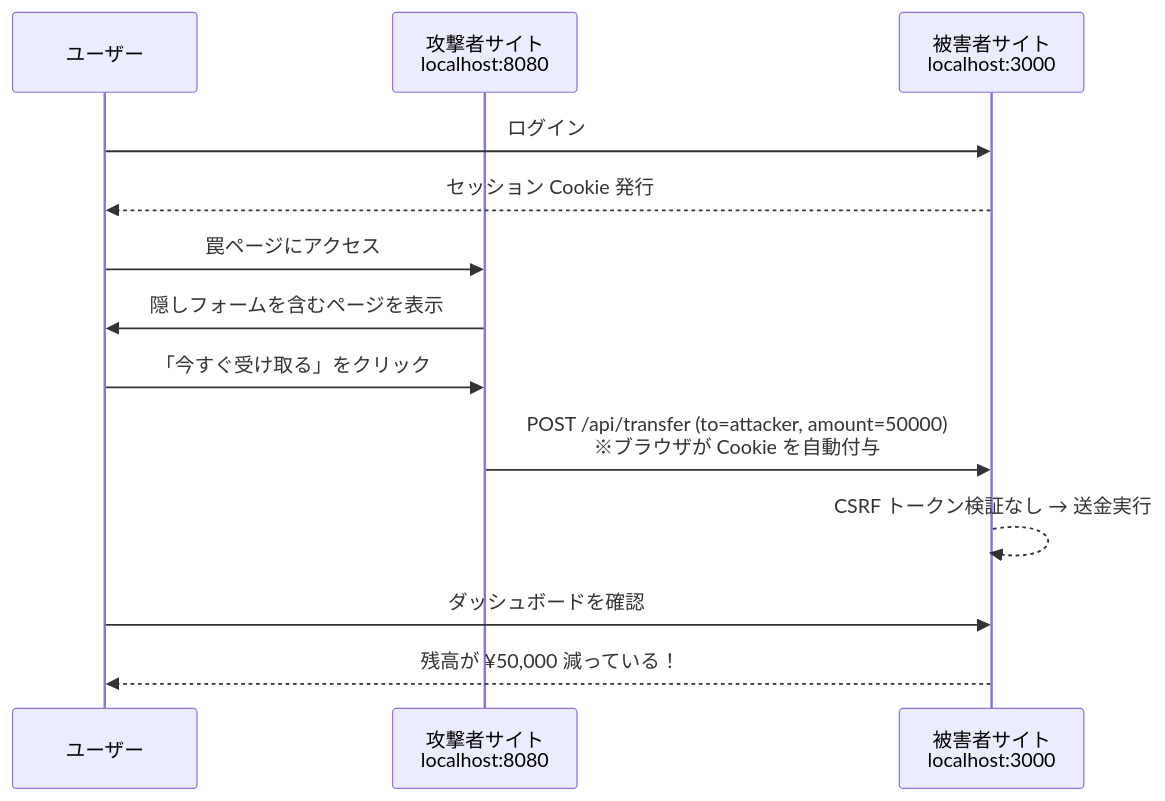
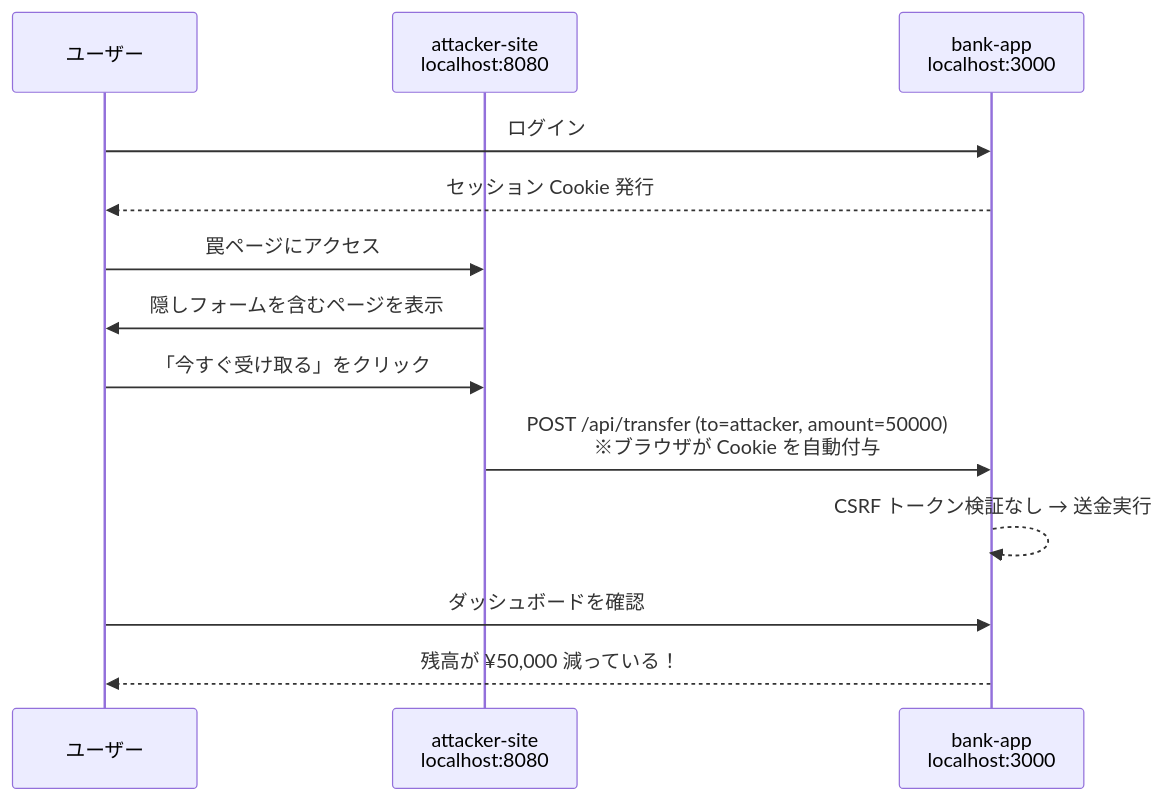
The diagram in README.md (etak64n/csrf-demo), drawn with Mermaid before and after one commit. The commit also changed other lines of this file and 15 other files, not shown here.

First line of the commit message:
victim-app を bank-app にリネーム

````diff
--- a/README.md
+++ b/README.md
@@ -14,16 +14,16 @@
 ```mermaid
 sequenceDiagram
     participant User as ユーザー
-    participant Attacker as 攻撃者サイト<br/>localhost:8080
-    participant Victim as 被害者サイト<br/>localhost:3000
+    participant Attacker as attacker-site<br/>localhost:8080
+    participant Bank as bank-app<br/>localhost:3000
 
-    User->>Victim: ログイン
-    Victim-->>User: セッション Cookie 発行
+    User->>Bank: ログイン
+    Bank-->>User: セッション Cookie 発行
     User->>Attacker: 罠ページにアクセス
     Attacker->>User: 隠しフォームを含むページを表示
     User->>Attacker: 「今すぐ受け取る」をクリック
-    Attacker->>Victim: POST /api/transfer (to=attacker, amount=50000)<br/>※ブラウザが Cookie を自動付与
-    Victim-->>Victim: CSRF トークン検証なし → 送金実行
-    User->>Victim: ダッシュボードを確認
-    Victim-->>User: 残高が ¥50,000 減っている！
+    Attacker->>Bank: POST /api/transfer (to=attacker, amount=50000)<br/>※ブラウザが Cookie を自動付与
+    Bank-->>Bank: CSRF トークン検証なし → 送金実行
+    User->>Bank: ダッシュボードを確認
+    Bank-->>User: 残高が ¥50,000 減っている！
 ```
````
